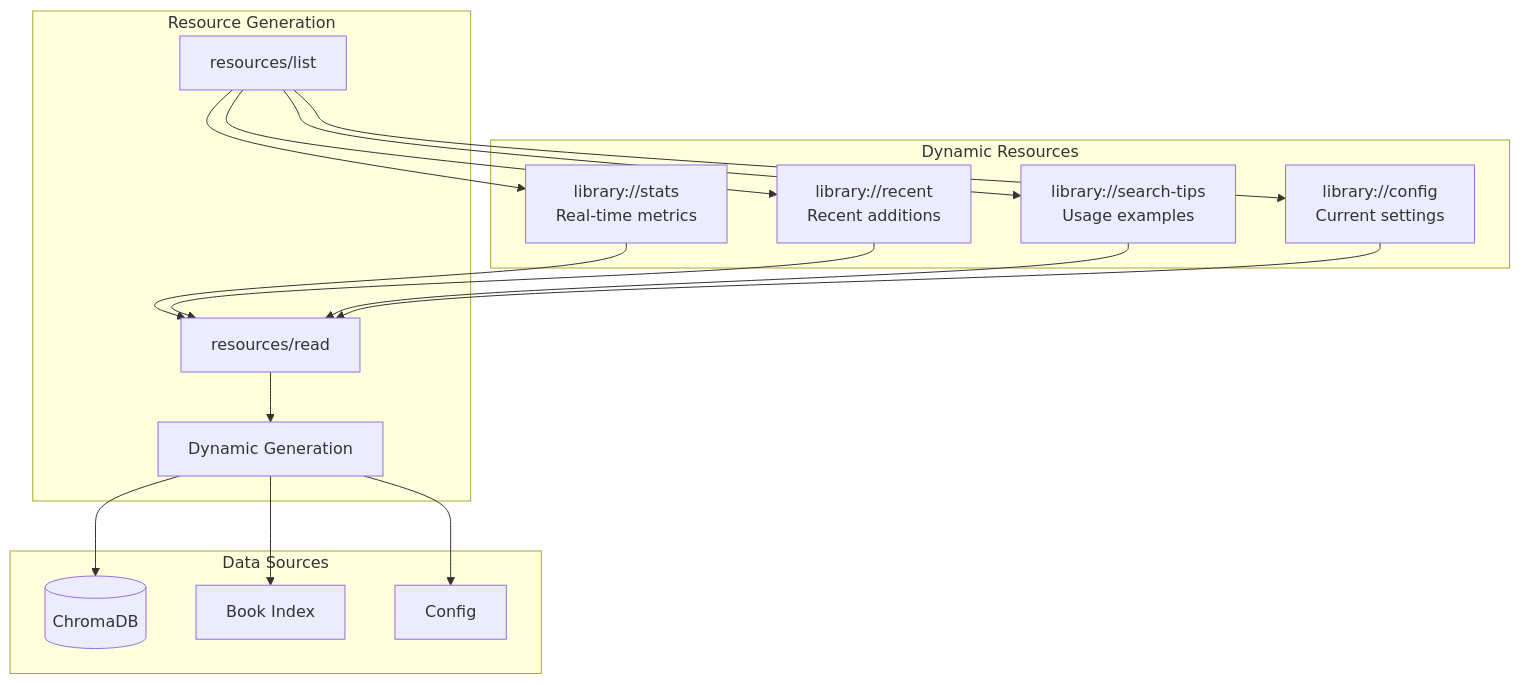
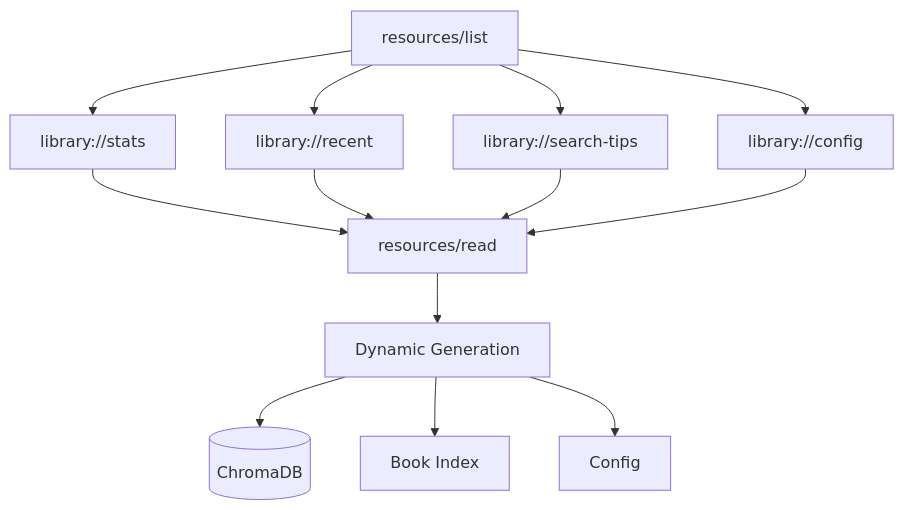
One commit to hpoliset/PersonalDocLibraryRAGMCP changed the fourth of 22 diagrams in docs/ARCHITECTURE.md. Above: the diagram before and after it, drawn with Mermaid. The commit also changed other lines of this file and 2 other files, not shown here.

First line of the commit message:
Update documentation with upgrade instructions and fix architecture diagrams

````diff
--- a/docs/ARCHITECTURE.md
+++ b/docs/ARCHITECTURE.md
@@ -164,37 +131,26 @@
 ```mermaid
-flowchart TB
-    subgraph "Dynamic Resources"
-        R1[library://stats<br/>Real-time metrics]
-        R2[library://recent<br/>Recent additions]
-        R3[library://search-tips<br/>Usage examples]
-        R4[library://config<br/>Current settings]
-    end
-
-    subgraph "Resource Generation"
-        LIST[resources/list]
-        READ[resources/read]
-        GEN[Dynamic Generation]
-    end
-
-    subgraph "Data Sources"
-        DB[(ChromaDB)]
-        IDX[Book Index]
-        CFG[Config]
-    end
+graph TD
+    R1[library://stats]
+    R2[library://recent]
+    R3[library://search-tips]
+    R4[library://config]
+    LIST[resources/list]
+    READ[resources/read]
+    GEN[Dynamic Generation]
+    DB[(ChromaDB)]
+    IDX[Book Index]
+    CFG[Config]
 
     LIST --> R1
     LIST --> R2
     LIST --> R3
     LIST --> R4
-
     R1 --> READ
     R2 --> READ
     R3 --> READ
     R4 --> READ
-
     READ --> GEN
-
     GEN --> DB
     GEN --> IDX
     GEN --> CFG
 ```
````
